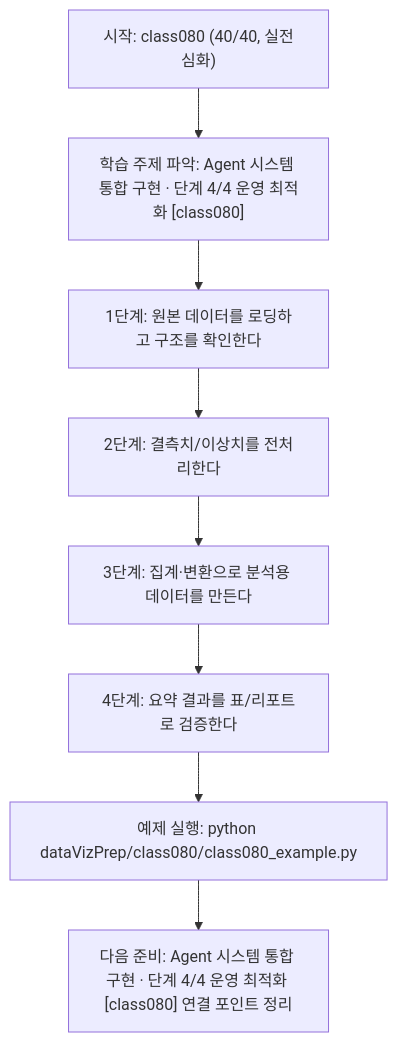
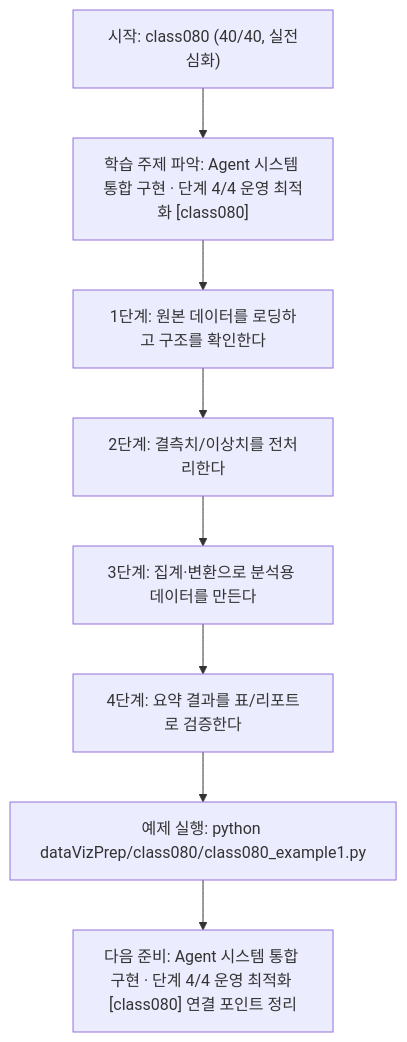
The diagram in dataVizPrep/class080/class080.md (edumgt/Python-AI_Agent-Class), drawn with Mermaid before and after one commit. The commit also changed other lines of this file and 2959 other files, not shown here.

````diff
--- a/dataVizPrep/class080/class080.md
+++ b/dataVizPrep/class080/class080.md
@@ -112,18 +112,18 @@
 ```mermaid
 flowchart TD
 N1["시작: class080 (40/40, 실전심화)"]
 N2["학습 주제 파악: Agent 시스템 통합 구현 · 단계 4/4 운영 최적화 [class080]"]
 N3["1단계: 원본 데이터를 로딩하고 구조를 확인한다"]
 N4["2단계: 결측치/이상치를 전처리한다"]
 N5["3단계: 집계·변환으로 분석용 데이터를 만든다"]
 N6["4단계: 요약 결과를 표/리포트로 검증한다"]
-N7["예제 실행: python dataVizPrep/class080/class080_example.py"]
+N7["예제 실행: python dataVizPrep/class080/class080_example1.py"]
 N8["다음 준비: Agent 시스템 통합 구현 · 단계 4/4 운영 최적화 [class080] 연결 포인트 정리"]
 N1 --> N2
 N2 --> N3
 N3 --> N4
 N4 --> N5
 N5 --> N6
 N6 --> N7
 N7 --> N8
 ```
````
